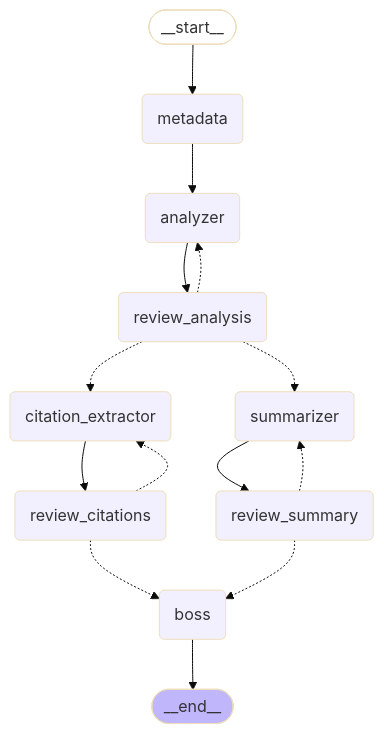
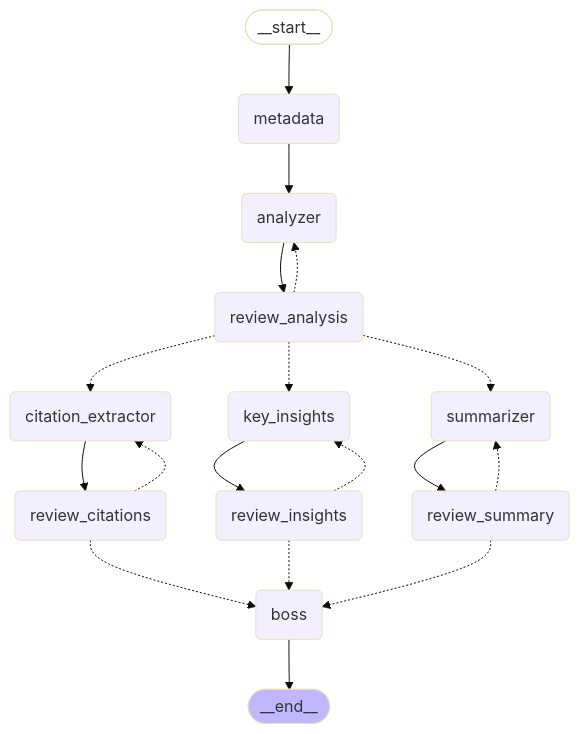
Before and after one commit to Pager-dot/VILAMBO_Assement: the diagram in README.md, drawn with Mermaid (base theme). The commit also changed other lines of this file and 20 other files, not shown here.

````diff
--- a/README.md
+++ b/README.md
@@ -17,29 +17,35 @@
 ```mermaid
 graph TD;
 	__start__([<p>__start__</p>]):::first
 	metadata(metadata)
 	analyzer(analyzer)
 	review_analysis(review_analysis)
 	summarizer(summarizer)
 	review_summary(review_summary)
 	citation_extractor(citation_extractor)
 	review_citations(review_citations)
+	key_insights(key_insights)
+	review_insights(review_insights)
 	boss(boss)
 	__end__([<p>__end__</p>]):::last
 	__start__ --> metadata;
 	analyzer --> review_analysis;
 	citation_extractor --> review_citations;
+	key_insights --> review_insights;
 	metadata --> analyzer;
 	review_analysis -.-> analyzer;
 	review_analysis -.-> citation_extractor;
+	review_analysis -.-> key_insights;
 	review_analysis -.-> summarizer;
 	review_citations -.-> boss;
 	review_citations -.-> citation_extractor;
+	review_insights -.-> boss;
+	review_insights -.-> key_insights;
 	review_summary -.-> boss;
 	review_summary -.-> summarizer;
 	summarizer --> review_summary;
 	boss --> __end__;
 	classDef default fill:#f2f0ff,line-height:1.2
 	classDef first fill-opacity:0
 	classDef last fill:#bfb6fc
 ```
````
